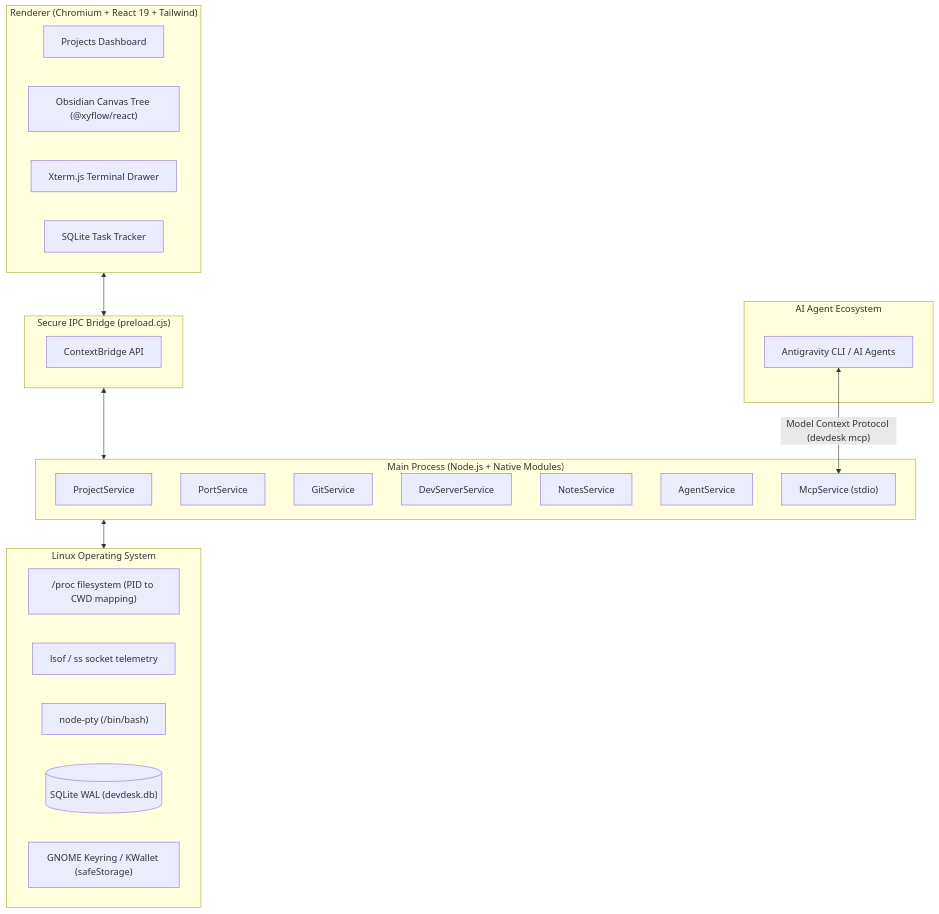
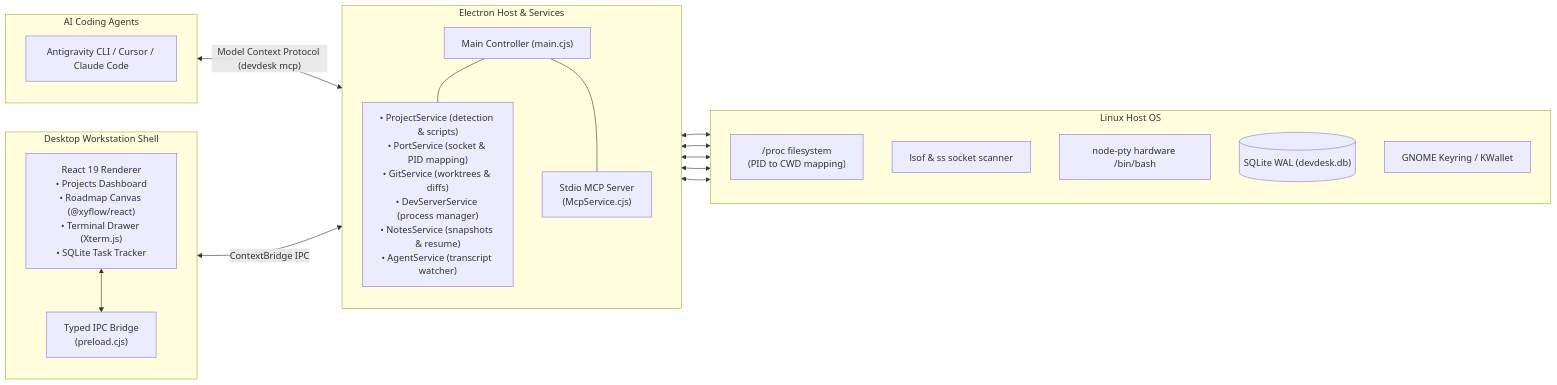
The diagram in README.md (mithun-024/devdesk), drawn with Mermaid before and after one commit. The commit also changed other lines of this file, not shown here.

Commit message:
docs: refine README architecture diagram and focus strictly on functional capabilities

````diff
--- a/README.md
+++ b/README.md
@@ -9,40 +9,40 @@
 ```mermaid
-flowchart TB
-    subgraph UI["Renderer (Chromium + React 19 + Tailwind)"]
-        Dash["Projects Dashboard"]
-        Canvas["Obsidian Canvas Tree (@xyflow/react)"]
-        TerminalUI["Xterm.js Terminal Drawer"]
-        Kanban["SQLite Task Tracker"]
+flowchart LR
+    subgraph Client["Desktop Workstation Shell"]
+        direction TB
+        UI["React 19 Renderer<br/>• Projects Dashboard<br/>• Roadmap Canvas (@xyflow/react)<br/>• Terminal Drawer (Xterm.js)<br/>• SQLite Task Tracker"]
+        IPC["Typed IPC Bridge<br/>(preload.cjs)"]
+        UI <--> IPC
     end
 
-    subgraph IPC["Secure IPC Bridge (preload.cjs)"]
-        Bridge["ContextBridge API"]
+    subgraph Core["Electron Host & Services"]
+        direction TB
+        Main["Main Controller (main.cjs)"]
+        Services["• ProjectService (detection & scripts)<br/>• PortService (socket & PID mapping)<br/>• GitService (worktrees & diffs)<br/>• DevServerService (process manager)<br/>• NotesService (snapshots & resume)<br/>• AgentService (transcript watcher)"]
+        MCP["Stdio MCP Server<br/>(McpService.cjs)"]
+        Main --- Services
+        Main --- MCP
     end
 
-    subgraph Core["Main Process (Node.js + Native Modules)"]
-        ProjSvc["ProjectService"]
-        PortSvc["PortService"]
-        GitSvc["GitService"]
-        DevSvc["DevServerService"]
-        NoteSvc["NotesService"]
-        AgentSvc["AgentService"]
-        McpSvc["McpService (stdio)"]
+    subgraph System["Linux Host OS"]
+        direction TB
+        Kernel["/proc filesystem<br/>(PID to CWD mapping)"]
+        Net["lsof & ss socket scanner"]
+        PTY["node-pty hardware /bin/bash"]
+        DB[("SQLite WAL (devdesk.db)")]
+        Vault["GNOME Keyring / KWallet"]
     end
 
-    subgraph OS["Linux Operating System"]
-        ProcFS["/proc filesystem (PID to CWD mapping)"]
-        Sockets["lsof / ss socket telemetry"]
-        PTY["node-pty (/bin/bash)"]
-        DB[("SQLite WAL (devdesk.db)")]
-        Vault["GNOME Keyring / KWallet (safeStorage)"]
+    subgraph Agents["AI Coding Agents"]
+        direction TB
+        AGY["Antigravity CLI / Cursor / Claude Code"]
     end
 
-    subgraph AI["AI Agent Ecosystem"]
-        AGY["Antigravity CLI / AI Agents"]
-    end
-
-    UI <--> IPC
-    IPC <--> Core
-    Core <--> OS
-    AGY <-->|"Model Context Protocol (devdesk mcp)"| McpSvc
+    IPC <-->|"ContextBridge IPC"| Main
+    Services <--> Kernel
+    Services <--> Net
+    Services <--> PTY
+    Services <--> DB
+    Services <--> Vault
+    AGY <-->|"Model Context Protocol (devdesk mcp)"| MCP
 ```
````
